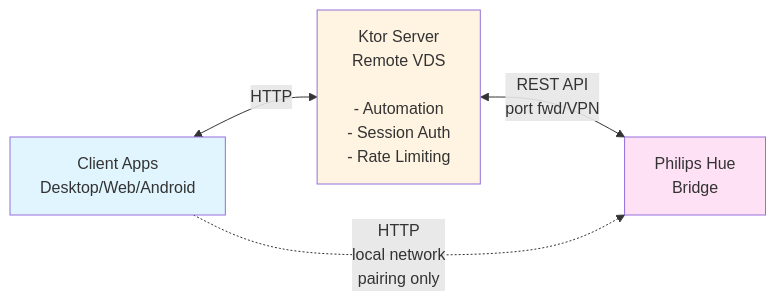
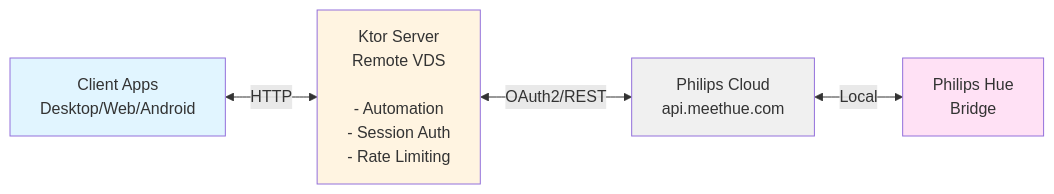
Before and after one commit to CommanderTvis/hue-manager: the diagram in README.md, drawn with Mermaid. The commit also changed other lines of this file and 16 other files, not shown here.

Commit message:
refactor: Remove Hue bridge pairing logic and associated UI for direct local communication

````diff
--- a/README.md
+++ b/README.md
@@ -17,14 +15,16 @@
 ```mermaid
 graph LR
     Client[Client Apps<br/>Desktop/Web/Android]
     Server[Ktor Server<br/>Remote VDS<br/><br/>- Automation<br/>- Session Auth<br/>- Rate Limiting]
+    Cloud[Philips Cloud<br/>api.meethue.com]
     Bridge[Philips Hue<br/>Bridge]
 
     Client <-->|HTTP| Server
-    Server <-->|REST API<br/>port fwd/VPN| Bridge
-    Client -.->|HTTP<br/>local network<br/>pairing only| Bridge
+    Server <-->|OAuth2/REST| Cloud
+    Cloud <-->|Local| Bridge
 
     style Client fill:#e1f5ff
     style Server fill:#fff4e1
+    style Cloud fill:#f0f0f0
     style Bridge fill:#ffe1f5
 ```
````
